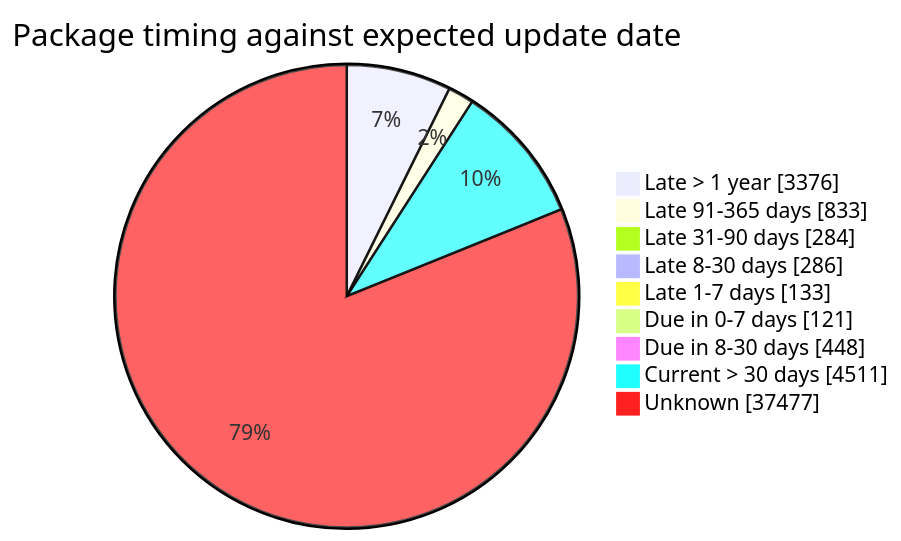
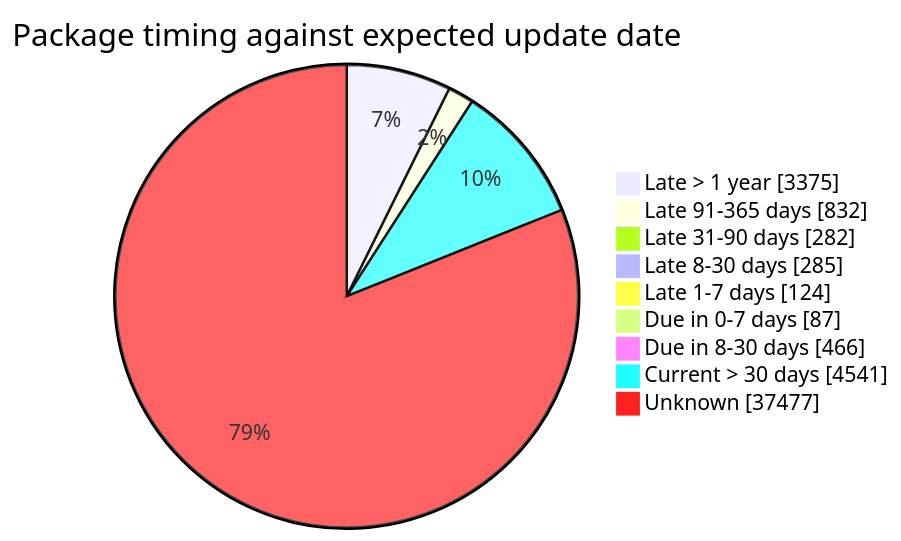
Before and after one commit to open-data/analytics-corporate-reporting: the fourth of 5 diagrams in FreshCheck/README.md, drawn with Mermaid. The commit also changed other lines of this file and 3 other files, not shown here.

````diff
--- a/FreshCheck/README.md
+++ b/FreshCheck/README.md
@@ -87,12 +87,12 @@
 ```mermaid
 pie showData title Package timing against expected update date
-    "Late > 1 year": 3376
-    "Late 91-365 days": 833
-    "Late 31-90 days": 284
-    "Late 8-30 days": 286
-    "Late 1-7 days": 133
-    "Due in 0-7 days": 121
-    "Due in 8-30 days": 448
-    "Current > 30 days": 4511
+    "Late > 1 year": 3375
+    "Late 91-365 days": 832
+    "Late 31-90 days": 282
+    "Late 8-30 days": 285
+    "Late 1-7 days": 124
+    "Due in 0-7 days": 87
+    "Due in 8-30 days": 466
+    "Current > 30 days": 4541
     "Unknown": 37477
 ```
````
